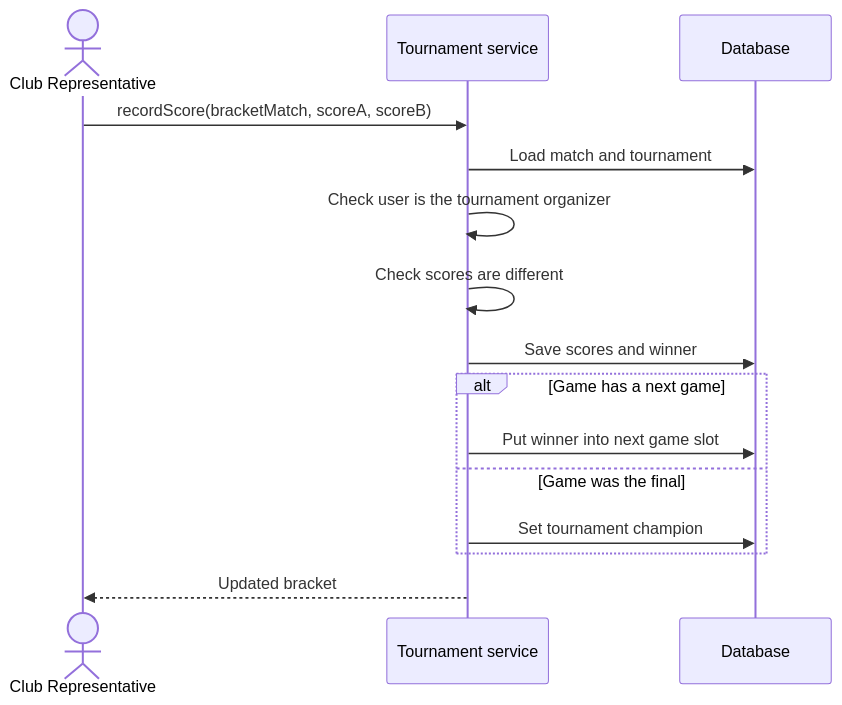
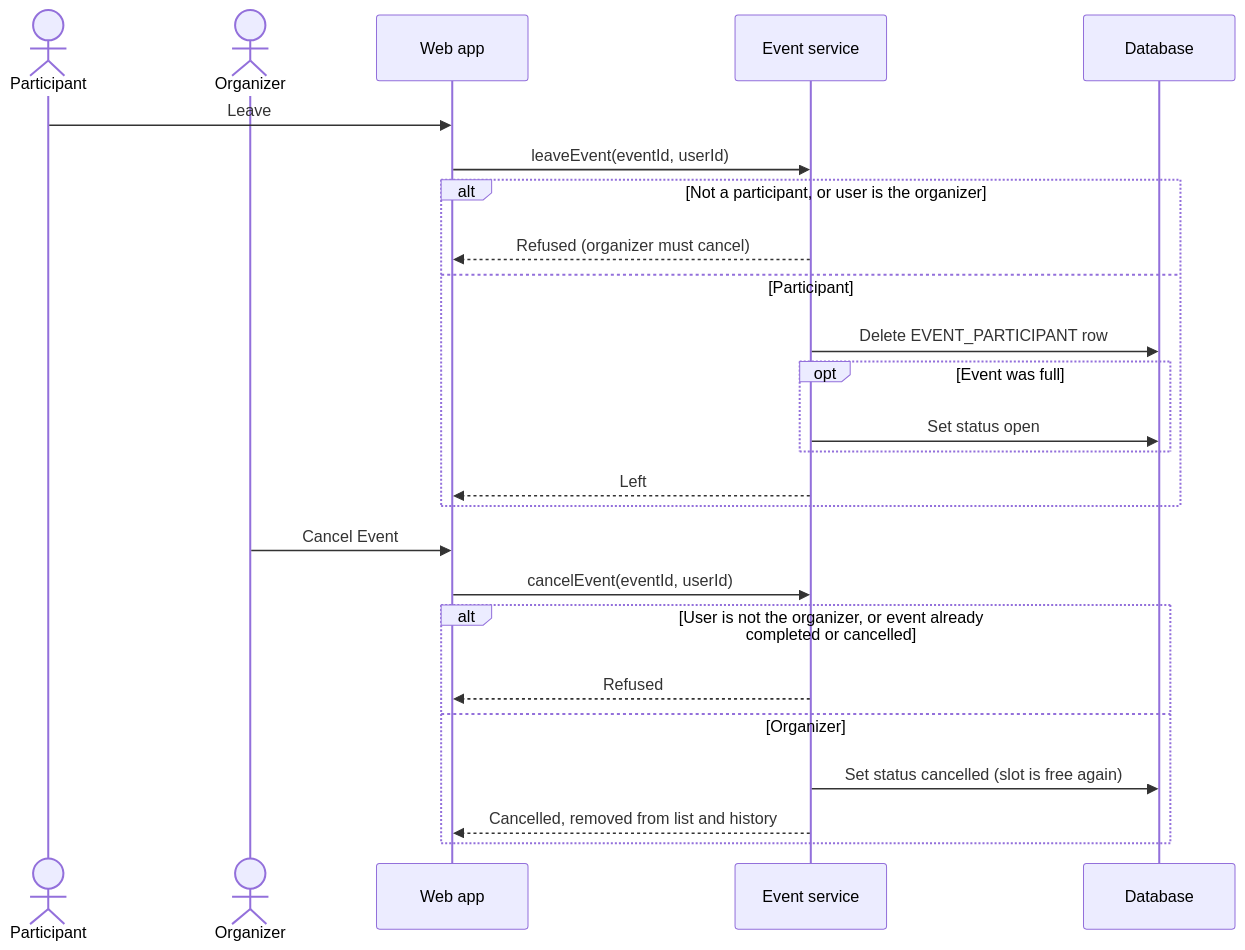
The sixth of 8 diagrams in docs/requirement_analysis_report.md (emir-heval-arda-harun/CMPE-331-project), drawn with Mermaid before and after one commit. The commit also changed other lines of this file and 139 other files, not shown here.

````diff
--- a/docs/requirement_analysis_report.md
+++ b/docs/requirement_analysis_report.md
@@ -369,18 +372,28 @@
 ```mermaid
 sequenceDiagram
-    actor R as Club Representative
-    participant TS as Tournament service
+    actor P as Participant
+    actor O as Organizer
+    participant W as Web app
+    participant ES as Event service
     participant D as Database
 
-    R->>TS: recordScore(bracketMatch, scoreA, scoreB)
-    TS->>D: Load match and tournament
-    TS->>TS: Check user is the tournament organizer
-    TS->>TS: Check scores are different
-    TS->>D: Save scores and winner
-    alt Game has a next game
-        TS->>D: Put winner into next game slot
-    else Game was the final
-        TS->>D: Set tournament champion
+    P->>W: Leave
+    W->>ES: leaveEvent(eventId, userId)
+    alt Not a participant, or user is the organizer
+        ES-->>W: Refused (organizer must cancel)
+    else Participant
+        ES->>D: Delete EVENT_PARTICIPANT row
+        opt Event was full
+            ES->>D: Set status open
+        end
+        ES-->>W: Left
     end
-    TS-->>R: Updated bracket
+    O->>W: Cancel Event
+    W->>ES: cancelEvent(eventId, userId)
+    alt User is not the organizer, or event already completed or cancelled
+        ES-->>W: Refused
+    else Organizer
+        ES->>D: Set status cancelled (slot is free again)
+        ES-->>W: Cancelled, removed from list and history
+    end
 ```
````
